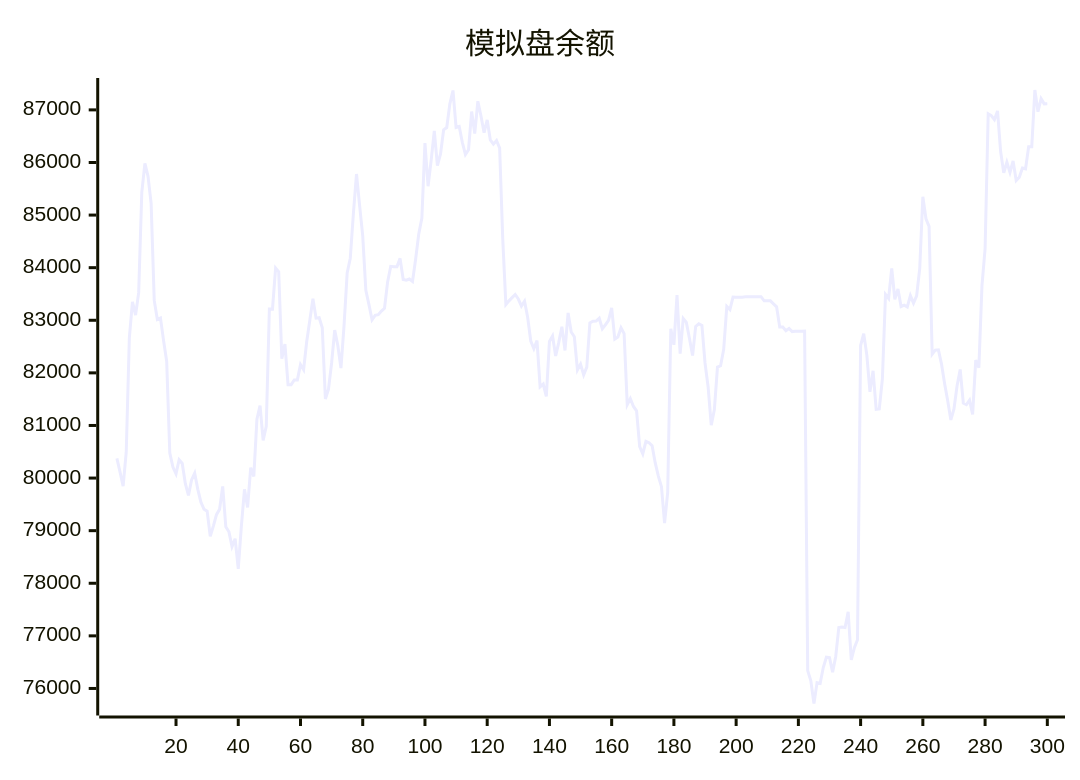
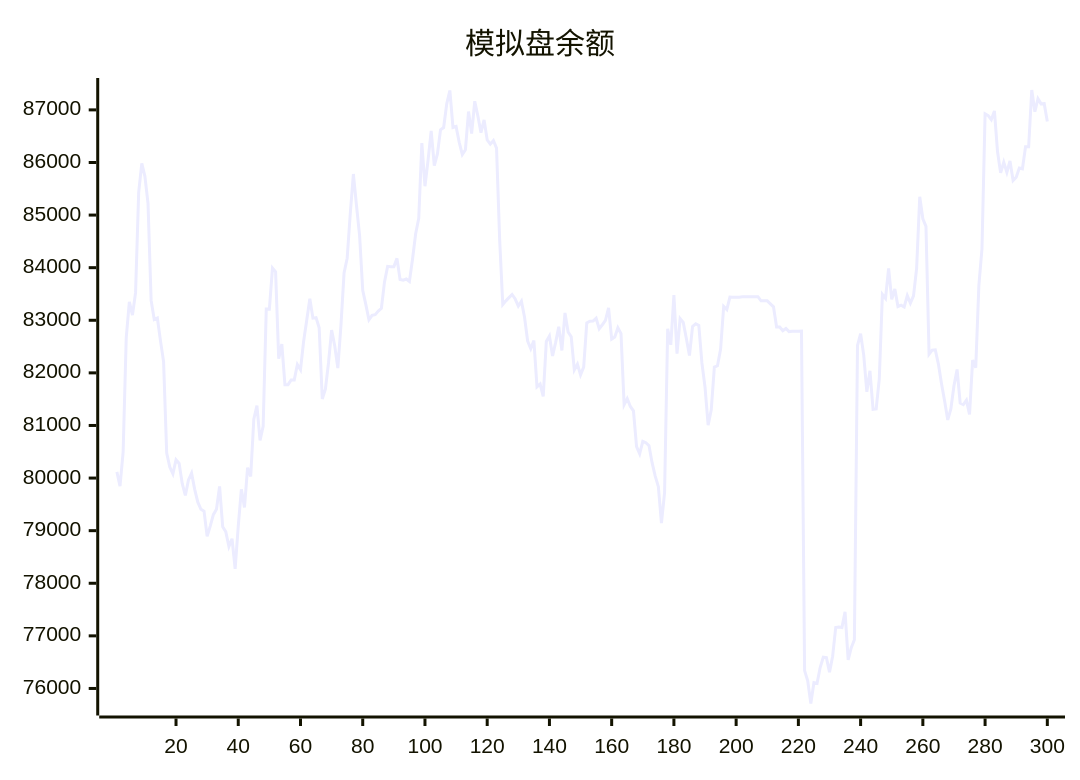
The diagram in README.md (aahl/ai-trading), drawn with Mermaid before and after one commit. The commit also changed other lines of this file and 1 other file, not shown here.

````diff
--- a/README.md
+++ b/README.md
@@ -5,5 +5,5 @@
 ```mermaid
 xychart
     title "模拟盘余额"
-    line [80374,80118,79848,80491,82665,83351,83098,83525,85430,85983,85737,85221,83378,83014,83043,82613,82216,80477,80208,80081,80348,80277,79894,79670,79965,80093,79786,79542,79406,79371,78893,79087,79304,79406,79841,79072,78978,78696,78846,78272,79085,79787,79442,80198,80031,81120,81379,80718,80985,83214,83212,83993,83921,82270,82547,81776,81776,81866,81866,82158,82061,82596,83000,83408,83041,83050,82858,81503,81691,82188,82812,82517,82092,82901,83898,84180,85030,85781,85178,84604,83569,83298,83008,83093,83107,83175,83228,83729,84025,84017,84019,84177,83775,83762,83785,83738,84160,84639,84939,86370,85548,86046,86599,85942,86161,86622,86664,87115,87369,86666,86685,86384,86152,86243,86969,86548,87164,86885,86566,86809,86427,86348,86417,86273,84538,83299,83369,83430,83490,83404,83270,83362,83056,82605,82459,82614,81734,81788,81551,82598,82702,82320,82580,82878,82426,83139,82778,82686,82056,82166,81963,82110,82951,82983,82984,83038,82838,82915,82998,83235,82642,82682,82858,82746,81396,81512,81362,81277,80600,80461,80699,80673,80616,80288,80038,79836,79142,79722,82837,82533,83480,82366,83032,82960,82654,82330,82883,82934,82901,82188,81728,81005,81298,82110,82135,82449,83264,83203,83440,83439,83440,83440,83446,83447,83448,83447,83448,83449,83369,83369,83369,83313,83256,82872,82873,82801,82844,82785,82791,82791,82793,82794,76339,76145,75714,76110,76096,76397,76594,76585,76310,76607,77160,77170,77160,77456,76541,76774,76927,82520,82744,82337,81639,82040,81307,81314,81887,83490,83414,83984,83396,83594,83261,83287,83253,83470,83327,83465,83987,85348,84930,84786,82355,82433,82438,82167,81795,81466,81105,81315,81756,82064,81426,81398,81481,81210,82242,82099,83658,84359,86925,86892,86814,86980,86203,85802,86003,85811,86028,85657,85721,85896,85880,86300,86299,87378,86965,87214,87115,87118]
+    line [80118,79848,80491,82665,83351,83098,83525,85430,85983,85737,85221,83378,83014,83043,82613,82216,80477,80208,80081,80348,80277,79894,79670,79965,80093,79786,79542,79406,79371,78893,79087,79304,79406,79841,79072,78978,78696,78846,78272,79085,79787,79442,80198,80031,81120,81379,80718,80985,83214,83212,83993,83921,82270,82547,81776,81776,81866,81866,82158,82061,82596,83000,83408,83041,83050,82858,81503,81691,82188,82812,82517,82092,82901,83898,84180,85030,85781,85178,84604,83569,83298,83008,83093,83107,83175,83228,83729,84025,84017,84019,84177,83775,83762,83785,83738,84160,84639,84939,86370,85548,86046,86599,85942,86161,86622,86664,87115,87369,86666,86685,86384,86152,86243,86969,86548,87164,86885,86566,86809,86427,86348,86417,86273,84538,83299,83369,83430,83490,83404,83270,83362,83056,82605,82459,82614,81734,81788,81551,82598,82702,82320,82580,82878,82426,83139,82778,82686,82056,82166,81963,82110,82951,82983,82984,83038,82838,82915,82998,83235,82642,82682,82858,82746,81396,81512,81362,81277,80600,80461,80699,80673,80616,80288,80038,79836,79142,79722,82837,82533,83480,82366,83032,82960,82654,82330,82883,82934,82901,82188,81728,81005,81298,82110,82135,82449,83264,83203,83440,83439,83440,83440,83446,83447,83448,83447,83448,83449,83369,83369,83369,83313,83256,82872,82873,82801,82844,82785,82791,82791,82793,82794,76339,76145,75714,76110,76096,76397,76594,76585,76310,76607,77160,77170,77160,77456,76541,76774,76927,82520,82744,82337,81639,82040,81307,81314,81887,83490,83414,83984,83396,83594,83261,83287,83253,83470,83327,83465,83987,85348,84930,84786,82355,82433,82438,82167,81795,81466,81105,81315,81756,82064,81426,81398,81481,81210,82242,82099,83658,84359,86925,86892,86814,86980,86203,85802,86003,85811,86028,85657,85721,85896,85880,86300,86299,87378,86965,87214,87115,87118,86780]
 ```
````
